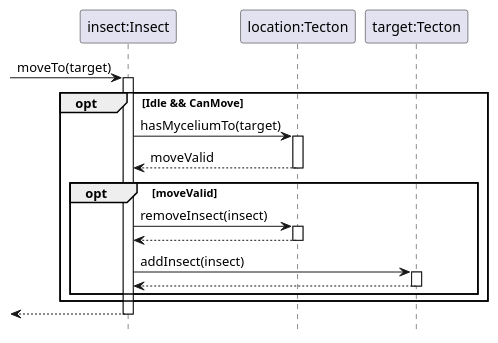
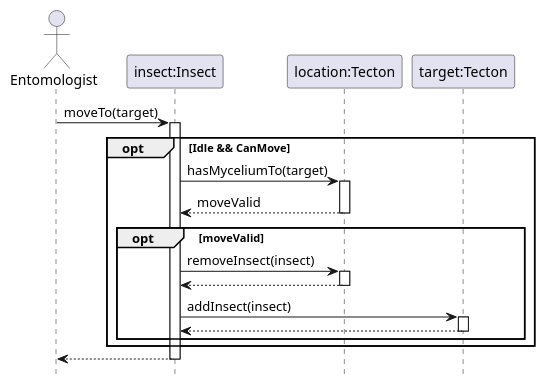
The diagram in Insect/move.pu (ZD4ve/projlab-error521), drawn with PlantUML before and after one commit. The commit also changed 12 other files, not shown here.

Commit message:
removed unnecessary refs, added actors to seq diagrams

```diff
--- a/Insect/move.pu
+++ b/Insect/move.pu
@@ -1,35 +1,34 @@
 @startuml Insect/move
 hide footbox
 
+actor Entomologist
 participant "insect:Insect" as insect
 participant "location:Tecton" as location
 participant "target:Tecton" as target
 
-
--> insect : moveTo(target)
+' TODO target
+Entomologist -> insect : moveTo(target)
 activate insect
 
 opt Idle && CanMove
 
     insect -> location : hasMyceliumTo(target)
     activate location
 
     return moveValid
-    deactivate location
 
     opt moveValid
 
         insect -> location : removeInsect(insect)
         activate location
         return
         
         insect -> target : addInsect(insect)
         activate target
         return
     end
 end
 
-<-- insect
-deactivate insect
+return
 
 @enduml
```
